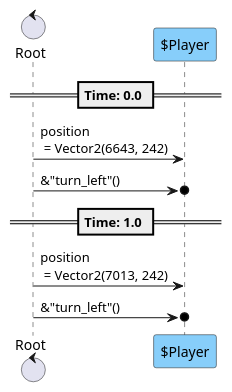
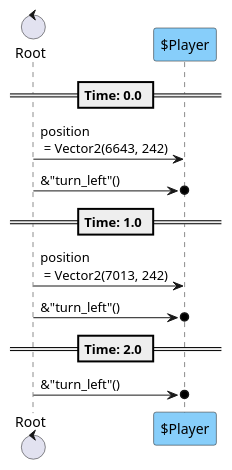
The fourth of 8 diagrams in content/scenes/src/chapters/0/stages/0/stage_0.tscn.adoc (tkmfujise/Platformer-Game-Learning), drawn with PlantUML before and after one commit. The commit also changed other lines of this file and 211 other files, not shown here.

```diff
--- a/content/scenes/src/chapters/0/stages/0/stage_0.tscn.adoc
+++ b/content/scenes/src/chapters/0/stages/0/stage_0.tscn.adoc
@@ -343,16 +344,18 @@
 [plantuml]
 ....
 control "Root" as R
 participant "$Player" as T0 #87CEFA
 
 
 
 == Time: 0.0 ==
 R  ->  T0 : position\n = Vector2(6643, 242)
 R  ->o  T0 : &"turn_left"()
 == Time: 1.0 ==
 R  ->  T0 : position\n = Vector2(7013, 242)
 R  ->o  T0 : &"turn_left"()
+== Time: 2.0 ==
+R  ->o  T0 : &"turn_left"()
 
 
 ....
```
